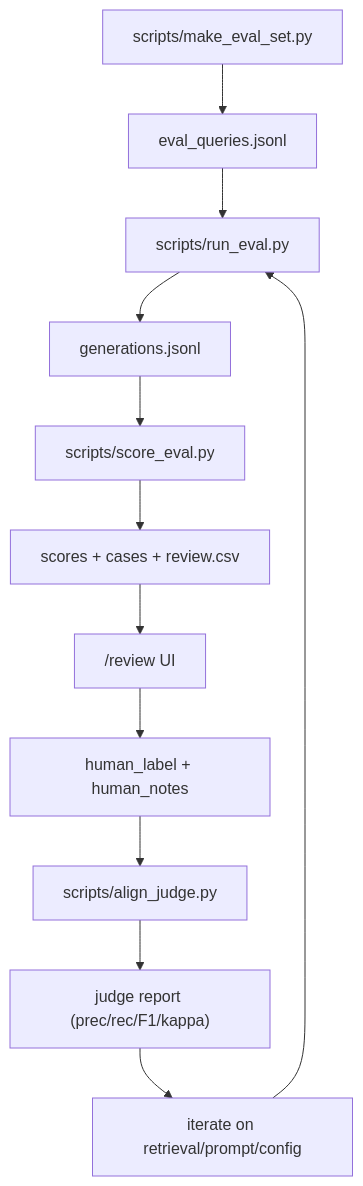
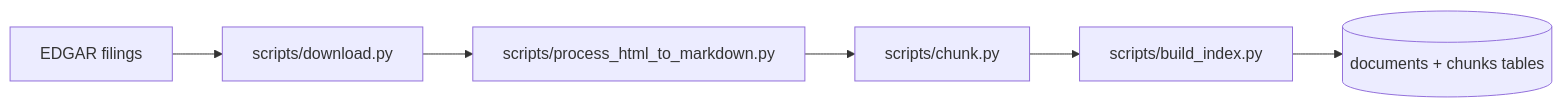
One commit to linminhtoo/andromeda changed the second of 3 diagrams in README.md. Above: the diagram before and after it, drawn with Mermaid. The commit also changed other lines of this file and 39 other files, not shown here.

````diff
--- a/README.md
+++ b/README.md
@@ -73,9 +33,8 @@
 ```mermaid
-flowchart TB
-  Q[scripts/make_eval_set.py] --> QL[eval_queries.jsonl]
-  QL --> RUN[scripts/run_eval.py] --> GEN[generations.jsonl]
-  GEN --> SCORE[scripts/score_eval.py] --> ART["scores + cases + review.csv"]
-  ART --> REVIEW["/review UI"] --> LABELS[human_label + human_notes]
-  LABELS --> ALIGN[scripts/align_judge.py] --> RPT["judge report (prec/rec/F1/kappa)"]
-  RPT --> ITER[iterate on retrieval/prompt/config] --> RUN
+flowchart LR
+  EDGAR[EDGAR filings] --> DL[scripts/download.py]
+  DL --> H2M[scripts/process_html_to_markdown.py]
+  H2M --> CH[scripts/chunk.py]
+  CH --> BI[scripts/build_index.py]
+  BI --> PG[(documents + chunks tables)]
 ```
````
